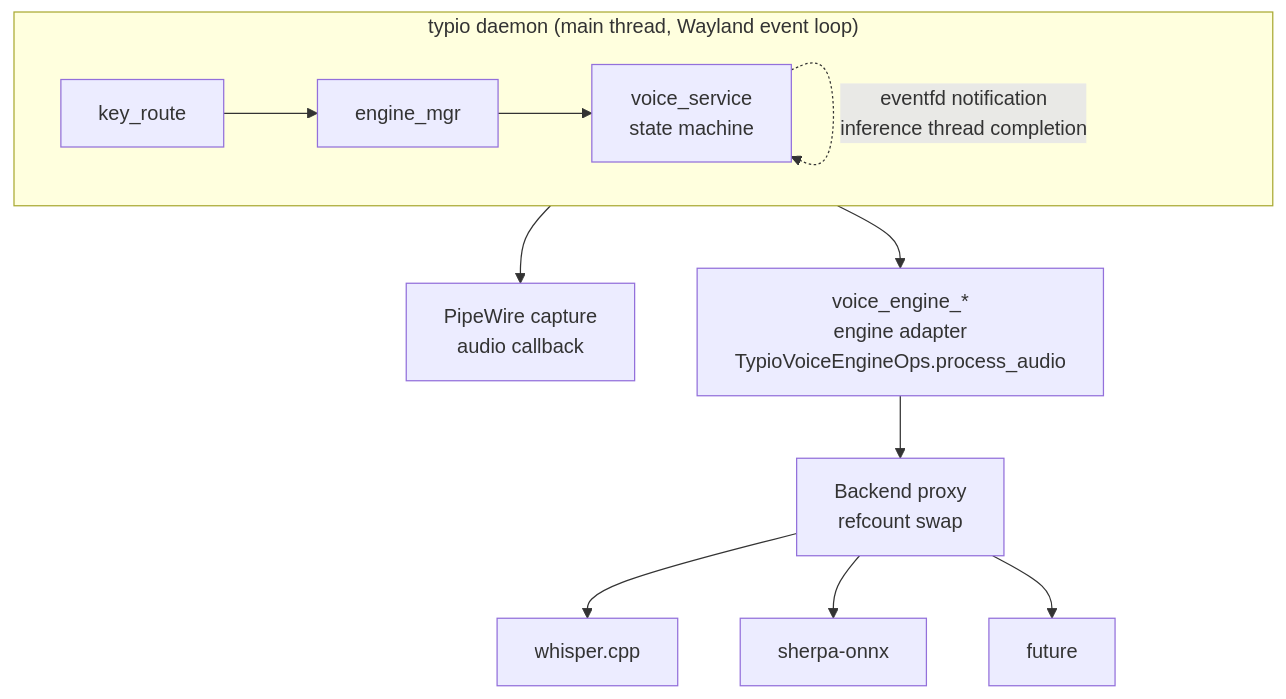
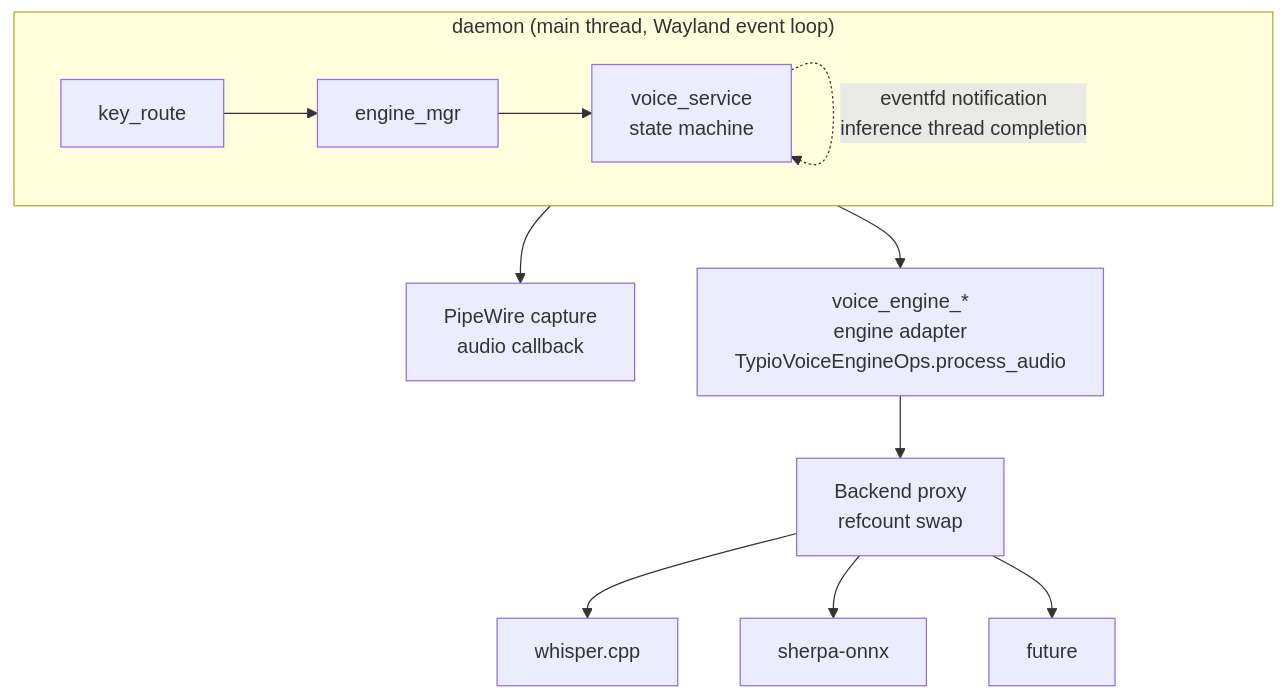
The first of 2 diagrams in docs/explanation/voice-input.md (ming2k/typio), drawn with Mermaid before and after one commit. The commit also changed 321 other files, not shown here.

````diff
--- a/docs/explanation/voice-input.md
+++ b/docs/explanation/voice-input.md
@@ -14,21 +14,21 @@
 ```mermaid
 flowchart TD
-    subgraph Daemon["typio daemon (main thread, Wayland event loop)"]
+    subgraph Daemon["daemon (main thread, Wayland event loop)"]
         direction LR
         KR[key_route] --> EM[engine_mgr] --> VS[voice_service<br/>state machine]
         VS -. eventfd notification<br/>inference thread completion .-> VS
     end
     PW[PipeWire capture<br/>audio callback]
     VE[voice_engine_*<br/>engine adapter<br/>TypioVoiceEngineOps.process_audio]
     BP[Backend proxy<br/>refcount swap]
     Whisper[whisper.cpp]
     Sherpa[sherpa-onnx]
     Future[future]
 
     Daemon --> PW
     Daemon --> VE
     VE --> BP
     BP --> Whisper
     BP --> Sherpa
     BP --> Future
 ```
````
